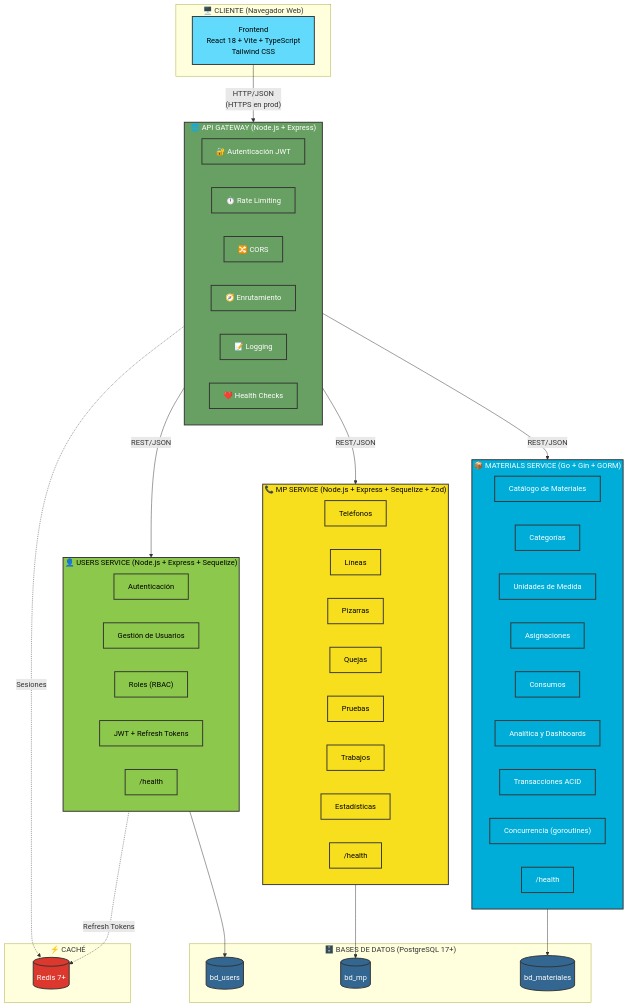
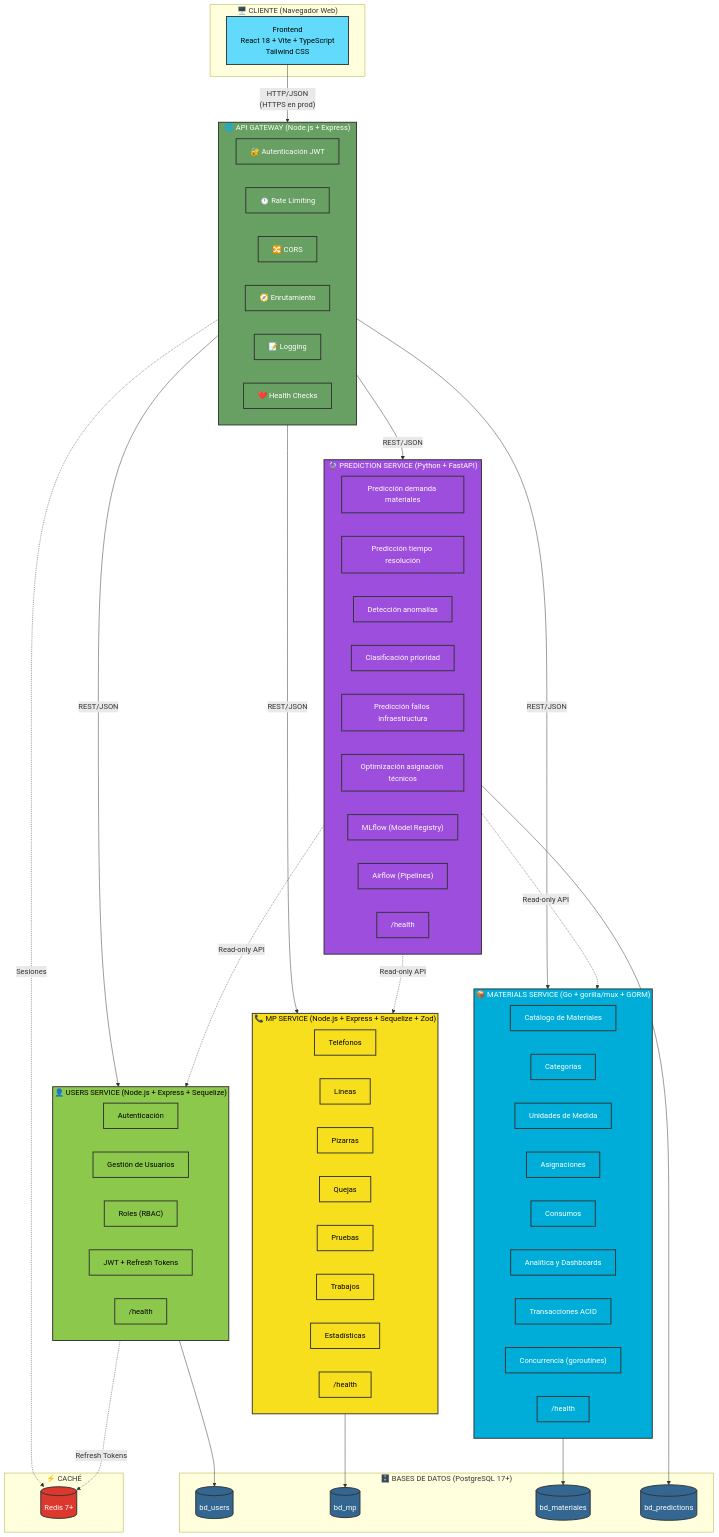
Before and after one commit to ybotet/SISGAD5_1.0: the diagram in SPEC.md, drawn with Mermaid. The commit also changed other lines of this file and 13 other files, not shown here.

Commit message:
feat: add Prediction Service module to project governance files

````diff
--- a/SPEC.md
+++ b/SPEC.md
@@ -147,7 +147,7 @@
         MP_HEALTH["/health"]
     end
 
-    subgraph MAT["📦 MATERIALS SERVICE (Go + Gin + GORM)"]
+    subgraph MAT["📦 MATERIALS SERVICE (Go + gorilla/mux + GORM)"]
         MAT_CAT["Catálogo de Materiales"]
         MAT_CAT2["Categorías"]
         MAT_UNI["Unidades de Medida"]
@@ -159,11 +159,24 @@
         MAT_HEALTH["/health"]
     end
 
+    subgraph PRED["🔮 PREDICTION SERVICE (Python + FastAPI)"]
+        PRED_DEM["Predicción demanda materiales"]
+        PRED_TIME["Predicción tiempo resolución"]
+        PRED_ANOM["Detección anomalías"]
+        PRED_PRIOR["Clasificación prioridad"]
+        PRED_FALL["Predicción fallos infraestructura"]
+        PRED_ASIG["Optimización asignación técnicos"]
+        PRED_MLFLOW["MLflow (Model Registry)"]
+        PRED_AIRFLOW["Airflow (Pipelines)"]
+        PRED_HEALTH["/health"]
+    end
+
     %% Bases de Datos
     subgraph DBS["🗄️ BASES DE DATOS (PostgreSQL 17+)"]
         DB_USERS[("bd_users")]
         DB_MP[("bd_mp")]
         DB_MAT[("bd_materiales")]
+        DB_PRED[("bd_predictions")]
     end
 
     %% Caché
@@ -176,13 +189,21 @@
     GW -->|"REST/JSON"| US
     GW -->|"REST/JSON"| MP
     GW -->|"REST/JSON"| MAT
+    GW -->|"REST/JSON"| PRED
 
     US --> DB_USERS
     MP --> DB_MP
     MAT --> DB_MAT
+    PRED --> DB_PRED
+
+    PRED -.->|"Read-only API"| US
+    PRED -.->|"Read-only API"| MP
+    PRED -.->|"Read-only API"| MAT
 
     GW -.->|"Sesiones"| REDIS
     US -.->|"Refresh Tokens"| REDIS
+
+    classDef prediction fill:#9D4EDD,stroke:#333,stroke-width:2px,color:#fff
 
     %% Estilos
     classDef frontend fill:#61DAFB,stroke:#333,stroke-width:2px,color:#000
@@ -198,6 +219,7 @@
     class US,US_AUTH,US_USERS,US_ROLES,US_JWT,US_HEALTH users
     class MP,MP_TEL,MP_LIN,MP_PIZ,MP_QUE,MP_PRU,MP_TRA,MP_EST,MP_HEALTH mp
     class MAT,MAT_CAT,MAT_CAT2,MAT_UNI,MAT_ASIG,MAT_CONS,MAT_ANA,MAT_ACID,MAT_GOR,MAT_HEALTH materials
-    class DB_USERS,DB_MP,DB_MAT db
+    class DB_USERS,DB_MP,DB_MAT,DB_PRED db
     class REDIS cache
+    class PRED,PRED_DEM,PRED_TIME,PRED_ANOM,PRED_PRIOR,PRED_FALL,PRED_ASIG,PRED_MLFLOW,PRED_AIRFLOW,PRED_HEALTH prediction
 ```
````
